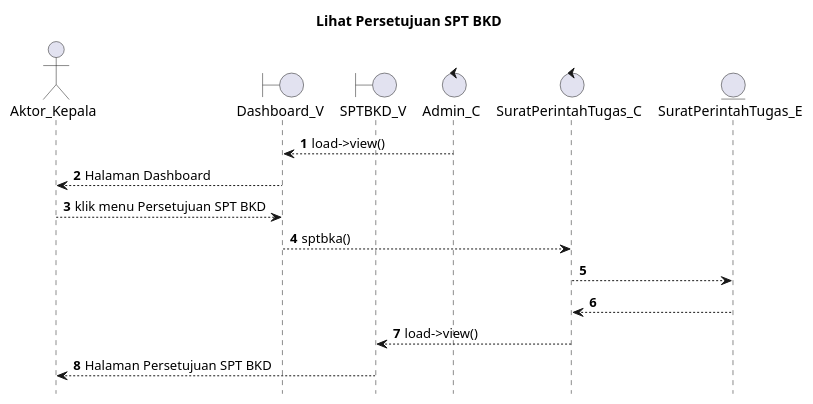
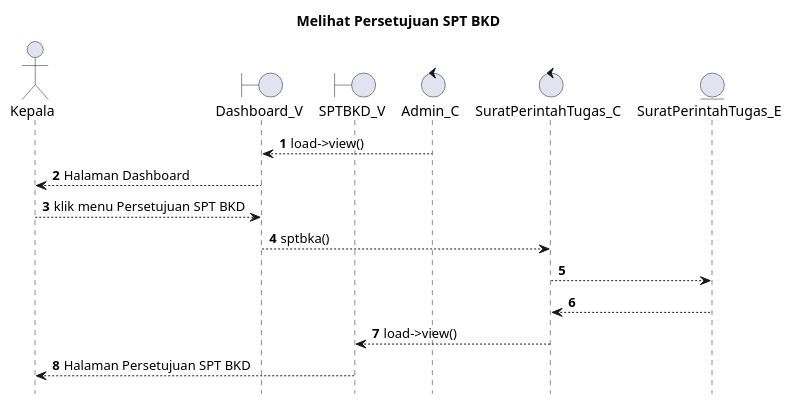
One commit to kurniado729/sistem_kp changed the diagram in SELAIN SISTEM/UML/SEQUENCE/kepala/ViewSPTBKD.puml. Above: the diagram before and after it, drawn with PlantUML. The commit also changed 185 other files, not shown here.

Commit message:
masukkan sequence di laporan

```diff
--- a/SELAIN SISTEM/UML/SEQUENCE/kepala/ViewSPTBKD.puml
+++ b/SELAIN SISTEM/UML/SEQUENCE/kepala/ViewSPTBKD.puml
@@ -1,24 +1,24 @@
 @startuml
 
 autonumber
 hide footbox
-title Lihat Persetujuan SPT BKD 
+title Melihat Persetujuan SPT BKD 
 
-Actor Aktor_Kepala
+Actor Kepala
 boundary Dashboard_V
 boundary SPTBKD_V
 control Admin_C
 control SuratPerintahTugas_C
 Entity SuratPerintahTugas_E
 
 Admin_C --> Dashboard_V: load->view()
-Dashboard_V --> Aktor_Kepala: Halaman Dashboard
-Aktor_Kepala --> Dashboard_V: klik menu Persetujuan SPT BKD 
+Dashboard_V --> Kepala: Halaman Dashboard
+Kepala --> Dashboard_V: klik menu Persetujuan SPT BKD 
 Dashboard_V --> SuratPerintahTugas_C: sptbka()
 SuratPerintahTugas_C --> SuratPerintahTugas_E:
     
     SuratPerintahTugas_E --> SuratPerintahTugas_C:
     SuratPerintahTugas_C --> SPTBKD_V: load->view()
-    SPTBKD_V --> Aktor_Kepala: Halaman Persetujuan SPT BKD 
+    SPTBKD_V --> Kepala: Halaman Persetujuan SPT BKD 
 
 @enduml
```
